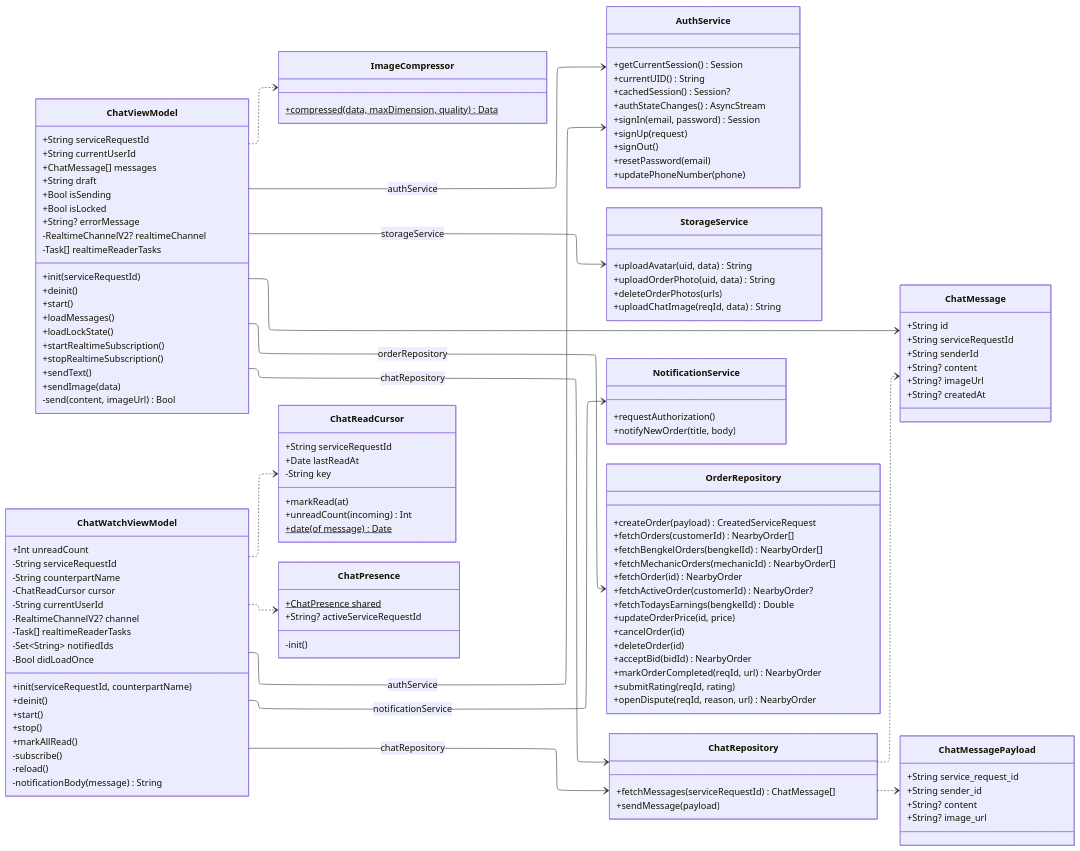
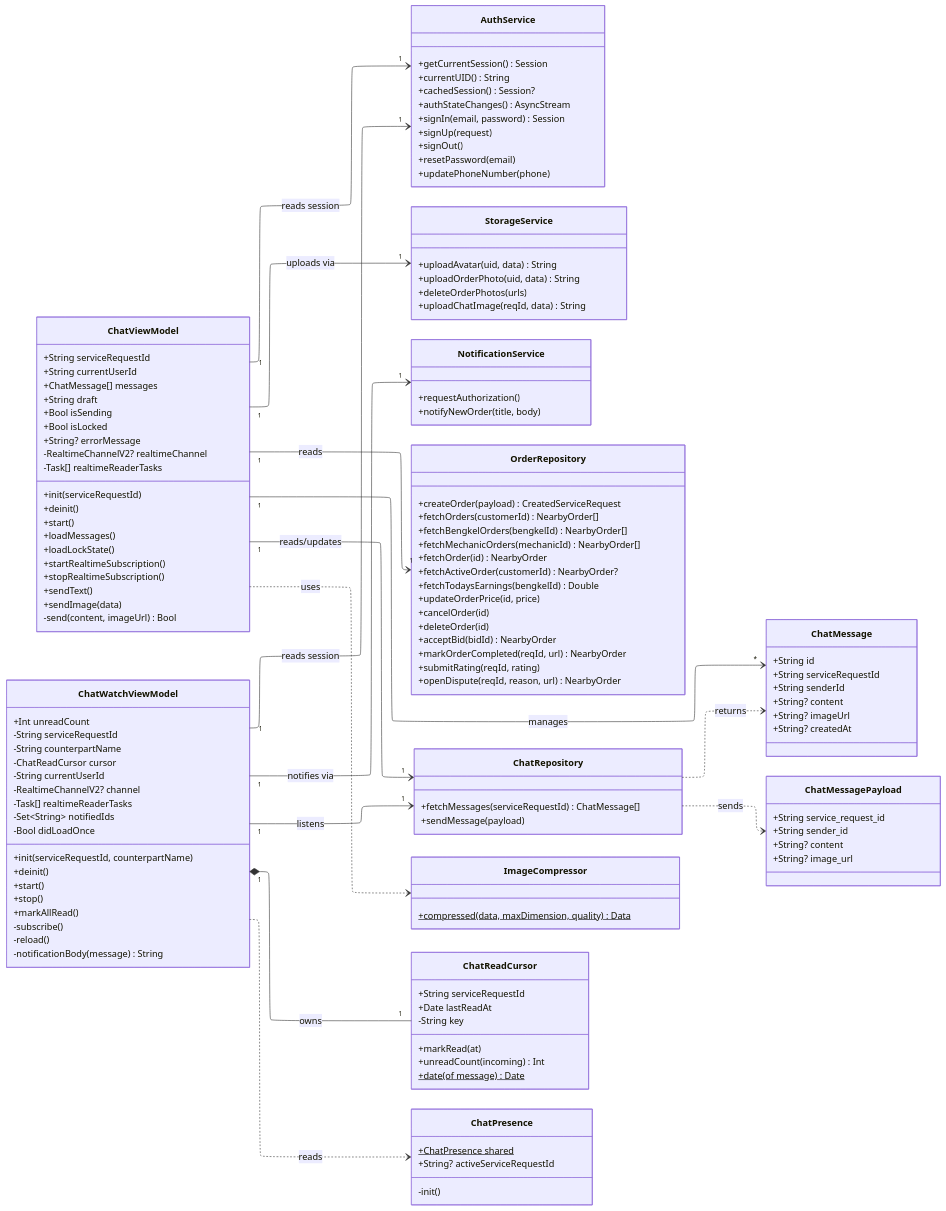
Before and after one commit to rei-soemanto/BengkelIn_SE: the seventh of 12 diagrams in diagram/feature-class-diagrams.md, drawn with Mermaid. The commit also changed other lines of this file and 12 other files, not shown here.

Commit message:
more accurate full class diagram

````diff
--- a/diagram/feature-class-diagrams.md
+++ b/diagram/feature-class-diagrams.md
@@ -1201,18 +1236,18 @@
         +String? image_url
     }
 
-    ChatViewModel --> ChatRepository : chatRepository
-    ChatViewModel --> OrderRepository : orderRepository
-    ChatViewModel --> StorageService : storageService
-    ChatViewModel ..> ImageCompressor
-    ChatViewModel --> AuthService : authService
-    ChatViewModel --> ChatMessage
-    ChatWatchViewModel --> ChatRepository : chatRepository
-    ChatWatchViewModel --> NotificationService : notificationService
-    ChatWatchViewModel --> AuthService : authService
-    ChatWatchViewModel ..> ChatReadCursor
-    ChatWatchViewModel ..> ChatPresence
-    ChatRepository ..> ChatMessage
-    ChatRepository ..> ChatMessagePayload
+    ChatViewModel "1" --> "1" ChatRepository : reads/updates
+    ChatViewModel "1" --> "1" OrderRepository : reads
+    ChatViewModel "1" --> "1" StorageService : uploads via
+    ChatViewModel ..> ImageCompressor : uses
+    ChatViewModel "1" --> "1" AuthService : reads session
+    ChatViewModel "1" --> "*" ChatMessage : manages
+    ChatWatchViewModel "1" --> "1" ChatRepository : listens
+    ChatWatchViewModel "1" --> "1" NotificationService : notifies via
+    ChatWatchViewModel "1" --> "1" AuthService : reads session
+    ChatWatchViewModel "1" *-- "1" ChatReadCursor : owns
+    ChatWatchViewModel ..> ChatPresence : reads
+    ChatRepository ..> ChatMessage : returns
+    ChatRepository ..> ChatMessagePayload : sends
 
 ```
````
